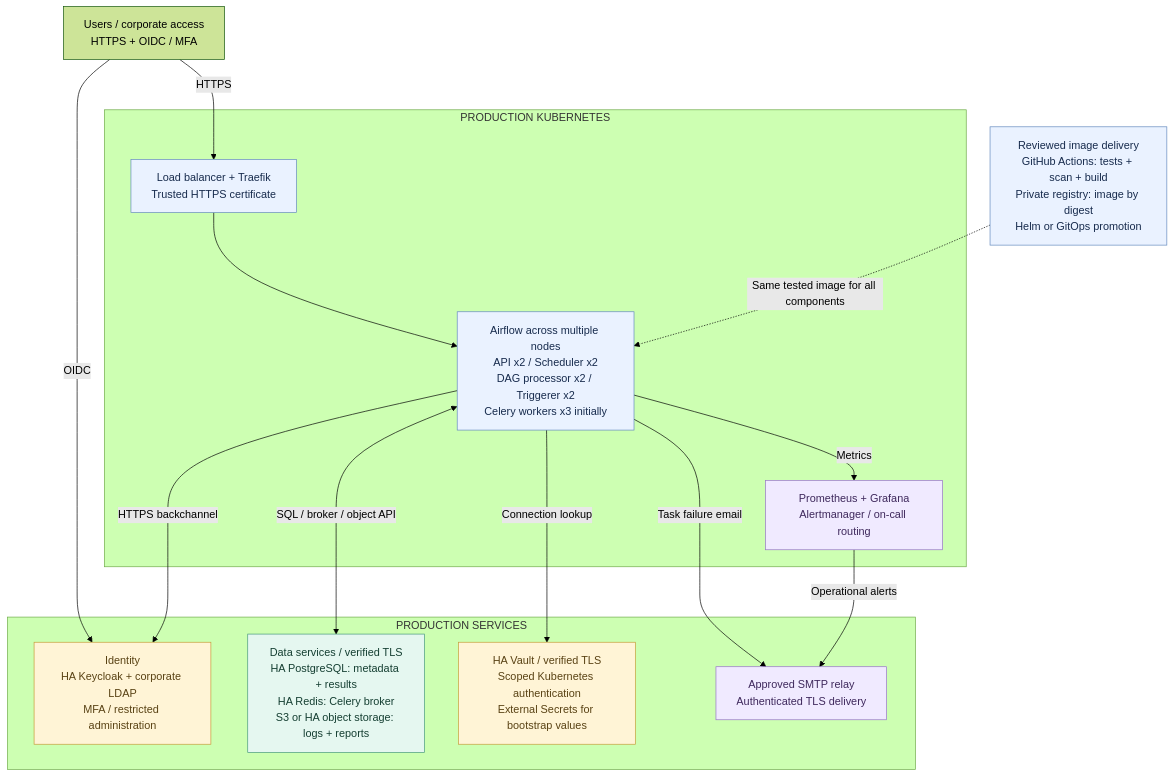
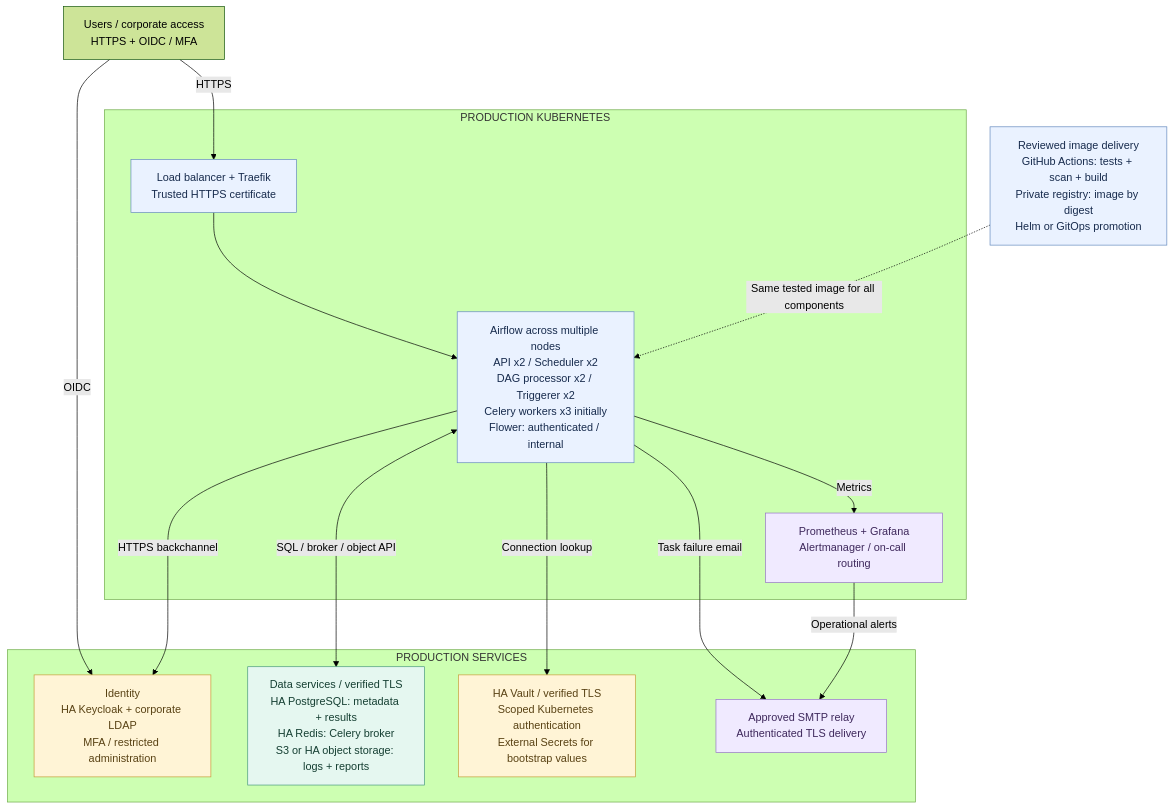
Before and after one commit to amirsohelprowork-netizen/Learn_Airflow: the diagram in docs/diagrams/production.mmd, drawn with Mermaid (forest theme). The commit also changed 14 other files, not shown here.

Commit message:
Restore authenticated Flower monitoring in local and production profiles

```diff
--- a/docs/diagrams/production.mmd
+++ b/docs/diagrams/production.mmd
@@ -1,38 +1,38 @@
 flowchart TB
     accTitle: Proposed production Airflow architecture
     accDescr: Proposed deployment, not the running local lab. Multi-node Kubernetes hosts replicated Airflow and monitoring. Production identity, Vault, PostgreSQL, Redis, object storage and email are independently operated. CI promotes an immutable image through a reviewed deployment. External services use TLS; the internal Execution API needs additional mTLS if required by the platform.
 
     users["Users / corporate access<br/>HTTPS + OIDC / MFA"]
     release["Reviewed image delivery<br/>GitHub Actions: tests + scan + build<br/>Private registry: image by digest<br/>Helm or GitOps promotion"]
 
     subgraph cluster["PRODUCTION KUBERNETES"]
         ingress["Load balancer + Traefik<br/>Trusted HTTPS certificate"]
-        airflow["Airflow across multiple nodes<br/>API x2 / Scheduler x2<br/>DAG processor x2 / Triggerer x2<br/>Celery workers x3 initially"]
+        airflow["Airflow across multiple nodes<br/>API x2 / Scheduler x2<br/>DAG processor x2 / Triggerer x2<br/>Celery workers x3 initially<br/>Flower: authenticated / internal"]
         metrics["Prometheus + Grafana<br/>Alertmanager / on-call routing"]
     end
 
     subgraph services["PRODUCTION SERVICES"]
         identity["Identity<br/>HA Keycloak + corporate LDAP<br/>MFA / restricted administration"]
         data["Data services / verified TLS<br/>HA PostgreSQL: metadata + results<br/>HA Redis: Celery broker<br/>S3 or HA object storage: logs + reports"]
         vault["HA Vault / verified TLS<br/>Scoped Kubernetes authentication<br/>External Secrets for bootstrap values"]
         mail["Approved SMTP relay<br/>Authenticated TLS delivery"]
     end
 
     users -->|HTTPS| ingress --> airflow
     users -->|OIDC| identity
     airflow -->|HTTPS backchannel| identity
     airflow <-->|SQL / broker / object API| data
     airflow -->|Connection lookup| vault
     airflow -->|Task failure email| mail
     airflow -->|Metrics| metrics
     metrics -->|Operational alerts| mail
     release -.->|Same tested image for all components| airflow
 
     classDef compute fill:#eaf2ff,stroke:#6389be,color:#172b4d
     classDef persistent fill:#e5f7f0,stroke:#46977c,color:#153f32
     classDef security fill:#fff4d6,stroke:#c59b38,color:#594214
     classDef observe fill:#f0eaff,stroke:#9673c8,color:#3e285c
     class airflow,ingress,release compute
     class data persistent
     class identity,vault security
     class metrics,mail observe
```
